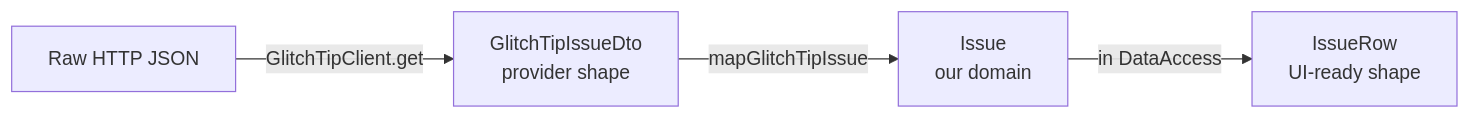
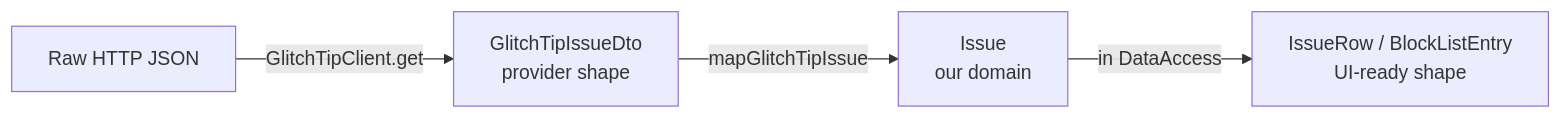
The tenth of 11 diagrams in apps/docs-site/docs/data-flow.md (webteamuxco/dashboard-monitor), drawn with Mermaid before and after one commit. The commit also changed other lines of this file and 10 other files, not shown here.

````diff
--- a/apps/docs-site/docs/data-flow.md
+++ b/apps/docs-site/docs/data-flow.md
@@ -334,6 +299,6 @@
 ```mermaid
 flowchart LR
     Raw[Raw HTTP JSON] -->|GlitchTipClient.get| DTO[GlitchTipIssueDto<br/>provider shape]
     DTO -->|mapGlitchTipIssue| Domain[Issue<br/>our domain]
-    Domain -->|in DataAccess| Feature[IssueRow<br/>UI-ready shape]
+    Domain -->|in DataAccess| Feature[IssueRow / BlockListEntry<br/>UI-ready shape]
 ```
````
